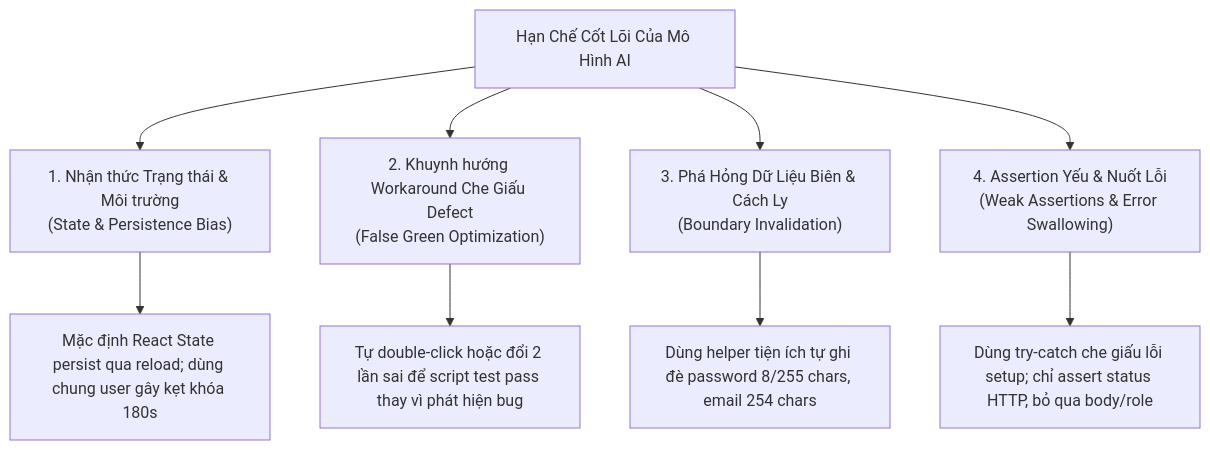
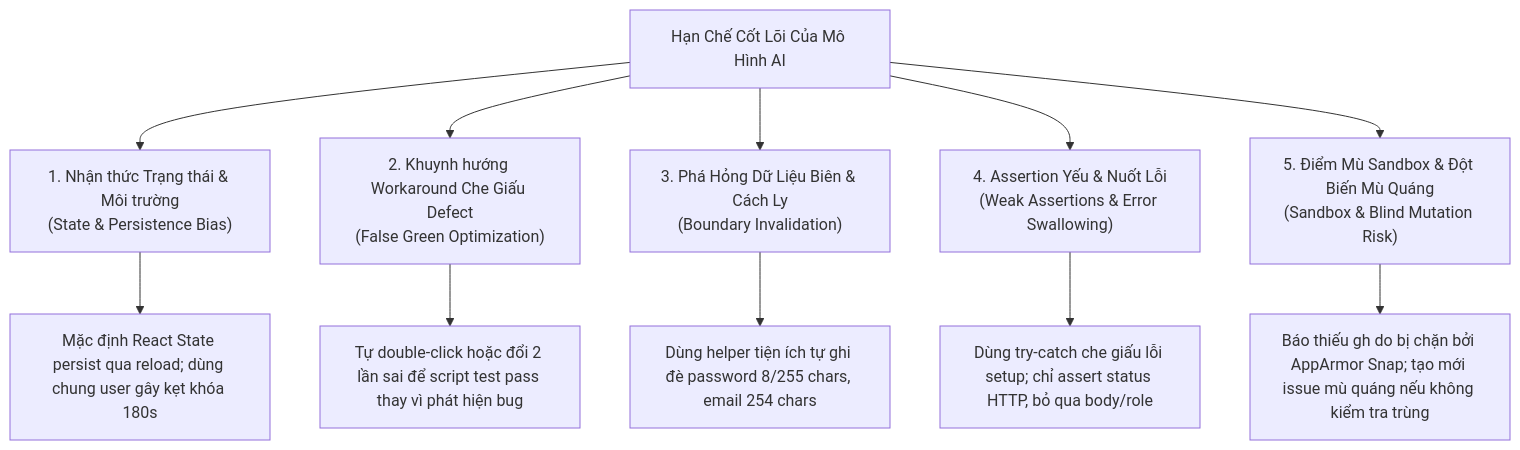
One commit to faker26052005-lgtm/SUT-EShop changed the diagram in deliverables/04-exercises/quoc-ky/hw_04/docs/ai-audit-report.md. Above: the diagram before and after it, drawn with Mermaid. The commit also changed other lines of this file, not shown here.

Commit message:
docs(audit): record session 15 for phase 7 bug reporting and issue creation

````diff
--- a/deliverables/04-exercises/quoc-ky/hw_04/docs/ai-audit-report.md
+++ b/deliverables/04-exercises/quoc-ky/hw_04/docs/ai-audit-report.md
@@ -43,12 +44,14 @@
 ```mermaid
 flowchart TD
     A["Hạn Chế Cốt Lõi Của Mô Hình AI"] --> B["1. Nhận thức Trạng thái & Môi trường<br/>(State & Persistence Bias)"]
     A --> C["2. Khuynh hướng Workaround Che Giấu Defect<br/>(False Green Optimization)"]
     A --> D["3. Phá Hỏng Dữ Liệu Biên & Cách Ly<br/>(Boundary Invalidation)"]
     A --> E["4. Assertion Yếu & Nuốt Lỗi<br/>(Weak Assertions & Error Swallowing)"]
+    A --> F["5. Điểm Mù Sandbox & Đột Biến Mù Quáng<br/>(Sandbox & Blind Mutation Risk)"]
     
     B --> B1["Mặc định React State persist qua reload; dùng chung user gây kẹt khóa 180s"]
     C --> C1["Tự double-click hoặc đổi 2 lần sai để script test pass thay vì phát hiện bug"]
     D --> D1["Dùng helper tiện ích tự ghi đè password 8/255 chars, email 254 chars"]
     E --> E1["Dùng try-catch che giấu lỗi setup; chỉ assert status HTTP, bỏ qua body/role"]
+    F --> F1["Báo thiếu gh do bị chặn bởi AppArmor Snap; tạo mới issue mù quáng nếu không kiểm tra trùng"]
 ```
````
